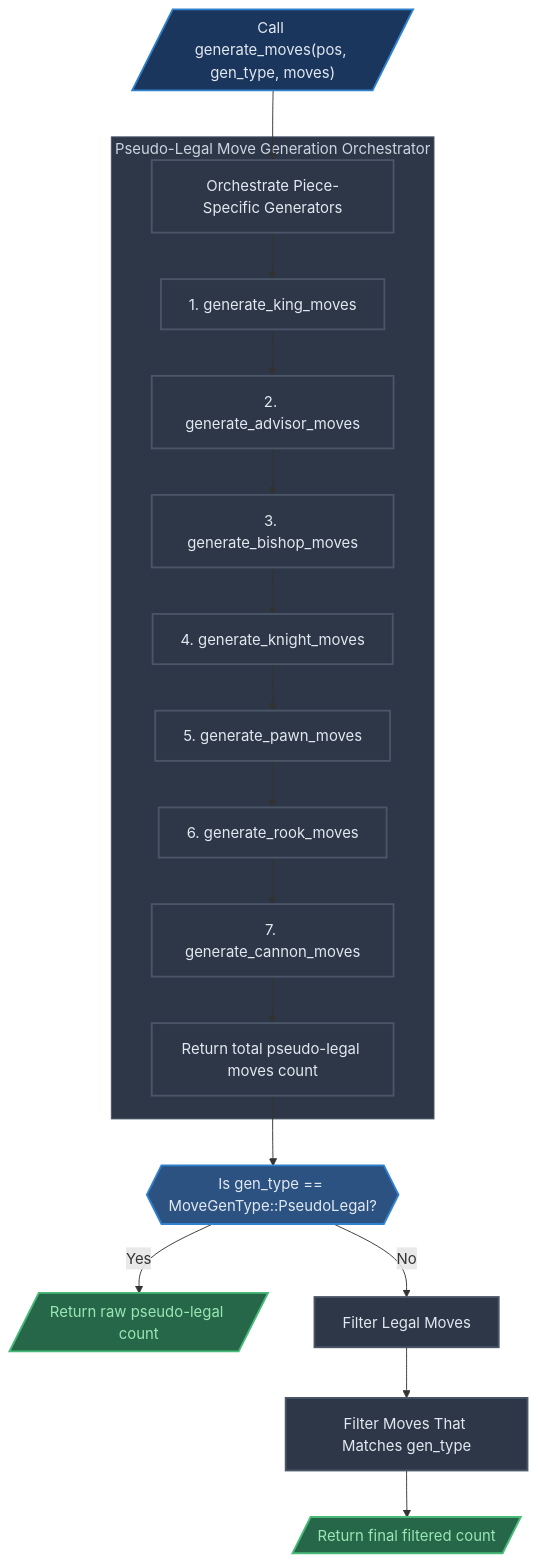
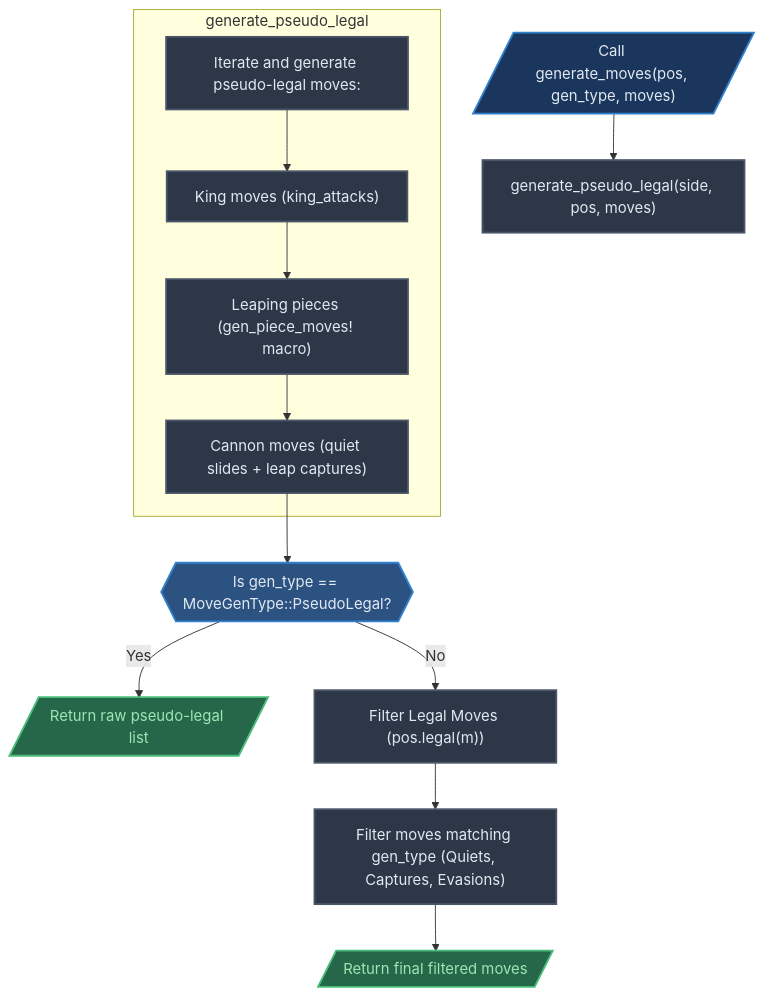
The second of 5 diagrams in DOCS.md (tuasananh/lingine), drawn with Mermaid before and after one commit. The commit also changed other lines of this file and 15 other files, not shown here.

````diff
--- a/DOCS.md
+++ b/DOCS.md
@@ -120,49 +152,28 @@
 ```mermaid
 graph TD
     %% Styling and Configuration
     classDef entry fill:#1A365D,stroke:#3182CE,stroke-width:2px,color:#E2E8F0;
     classDef process fill:#2D3748,stroke:#4A5568,stroke-width:2px,color:#E2E8F0;
     classDef decision fill:#2C5282,stroke:#3182CE,stroke-width:2px,color:#E2E8F0;
     classDef success fill:#276749,stroke:#48BB78,stroke-width:2px,color:#9AE6B4;
-    classDef pieceGen fill:#1A202C,stroke:#4A5568,stroke-width:1px,color:#CBD5E0,stroke-dasharray: 5 5;
 
     %% --- Entry Section ---
     Start[/"Call generate_moves(pos, gen_type, moves)"/]:::entry
+    Start --> GenPseudo["generate_pseudo_legal(side, pos, moves)"]:::process
 
-    Start --> PseudoLegalFlow
-    %% --- Pseudo-Legal Generation Orchestrator ---
-    subgraph Orchestrator ["Pseudo-Legal Move Generation Orchestrator"]
-        PseudoLegalFlow["Orchestrate Piece-Specific Generators"]:::process
-        GenKing["1. generate_king_moves"]:::process
-        GenAdvisor["2. generate_advisor_moves"]:::process
-        GenBishop["3. generate_bishop_moves"]:::process
-        GenKnight["4. generate_knight_moves"]:::process
-        GenPawn["5. generate_pawn_moves"]:::process
-        GenRook["6. generate_rook_moves"]:::process
-        GenCannon["7. generate_cannon_moves"]:::process
+    subgraph Orchestrator ["generate_pseudo_legal"]
+        GenPseudoFlow["Iterate and generate pseudo-legal moves:"]:::process
+        GenKing["King moves (king_attacks)"]:::process
+        GenLeapers["Leaping pieces (gen_piece_moves! macro)"]:::process
+        GenCannon["Cannon moves (quiet slides + leap captures)"]:::process
 
-        PseudoLegalFlow --> GenKing
-        GenKing --> GenAdvisor
-        GenAdvisor --> GenBishop
-        GenBishop --> GenKnight
-        GenKnight --> GenPawn
-        GenPawn --> GenRook
-        GenRook --> GenCannon
-        GenCannon --> ReturnCount["Return total pseudo-legal moves count"]:::process
+        GenPseudoFlow --> GenKing --> GenLeapers --> GenCannon
     end
 
-    %% --- Filtering & Legal Verification ---
-    ReturnCount --> IsPseudoLegalRequested{{"Is gen_type == MoveGenType::PseudoLegal?"}}:::decision
+    GenCannon --> IsPseudoLegalRequested{{"Is gen_type == MoveGenType::PseudoLegal?"}}:::decision
 
-    IsPseudoLegalRequested -- Yes --> EndEarly[/"Return raw pseudo-legal count"/]:::success
-
-
-    IsPseudoLegalRequested -- No --> FilterLegalMoves["Filter Legal Moves"]:::process
-
-    FilterLegalMoves --> FilterMovesThatMatchGenType["Filter Moves That Matches gen_type"]:::process
-
-    FilterMovesThatMatchGenType --> ReturnFinal[/"Return final filtered count"/]:::success
-
-    %% Subgraph Linkages
-    style Orchestrator fill:#2D3748,stroke:#4A5568,stroke-width:1px,color:#CBD5E0
+    IsPseudoLegalRequested -- Yes --> EndEarly[/"Return raw pseudo-legal list"/]:::success
+    IsPseudoLegalRequested -- No --> FilterLegal["Filter Legal Moves (pos.legal(m))"]:::process
+    FilterLegal --> FilterType["Filter moves matching gen_type (Quiets, Captures, Evasions)"]:::process
+    FilterType --> ReturnFinal[/"Return final filtered moves"/]:::success
 ```
````
